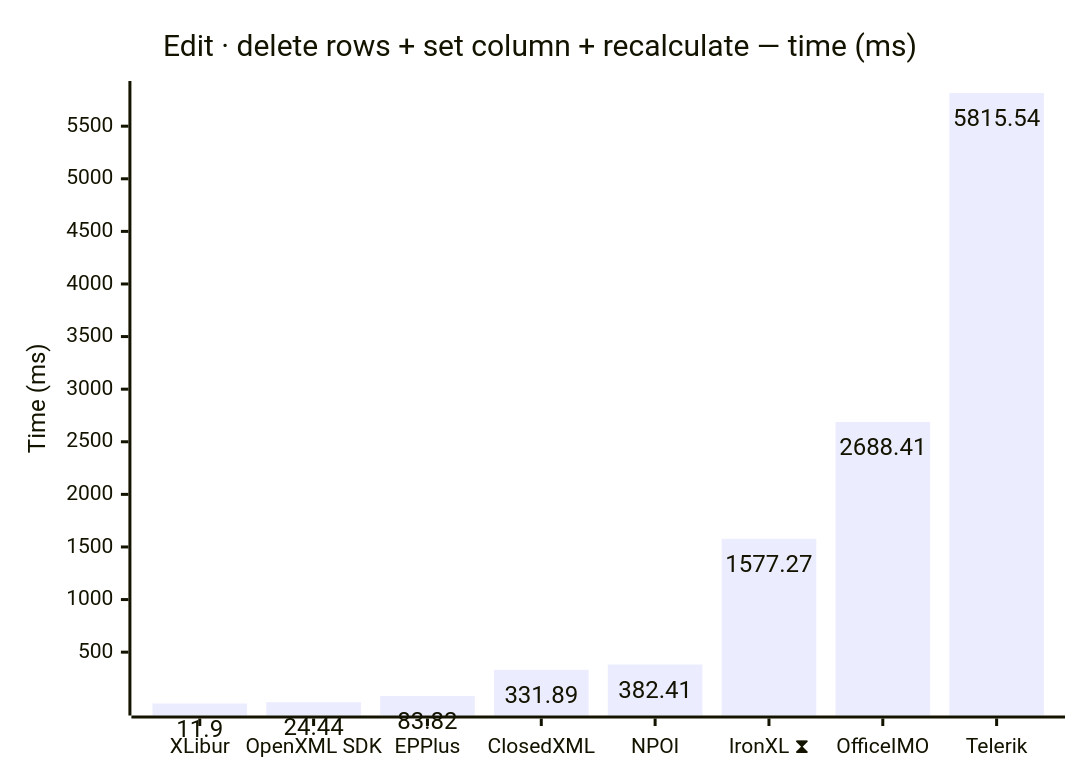
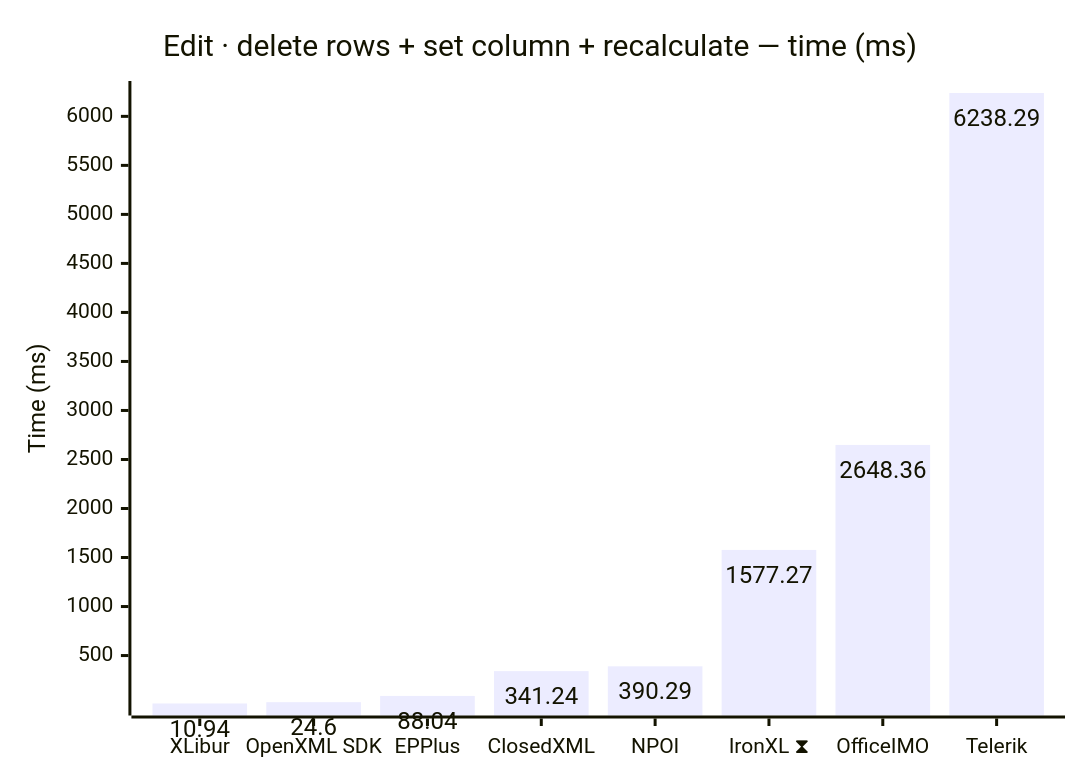
Before and after one commit to jafin/XLBench: the ninth of 12 diagrams in docs/results.md, drawn with Mermaid. The commit also changed other lines of this file and 4 other files, not shown here.

````diff
--- a/docs/results.md
+++ b/docs/results.md
@@ -146,12 +146,12 @@
 ```mermaid
 ---
 config:
   xyChart:
     showDataLabel: true
 ---
 xychart-beta
     title "Edit · delete rows + set column + recalculate — time (ms)"
     x-axis ["XLibur", "OpenXML SDK", "EPPlus", "ClosedXML", "NPOI", "IronXL ⧗", "OfficeIMO", "Telerik"]
     y-axis "Time (ms)"
-    bar [11.9, 24.44, 83.82, 331.89, 382.41, 1577.27, 2688.41, 5815.54]
+    bar [10.94, 24.6, 88.04, 341.24, 390.29, 1577.27, 2648.36, 6238.29]
 ```
````
